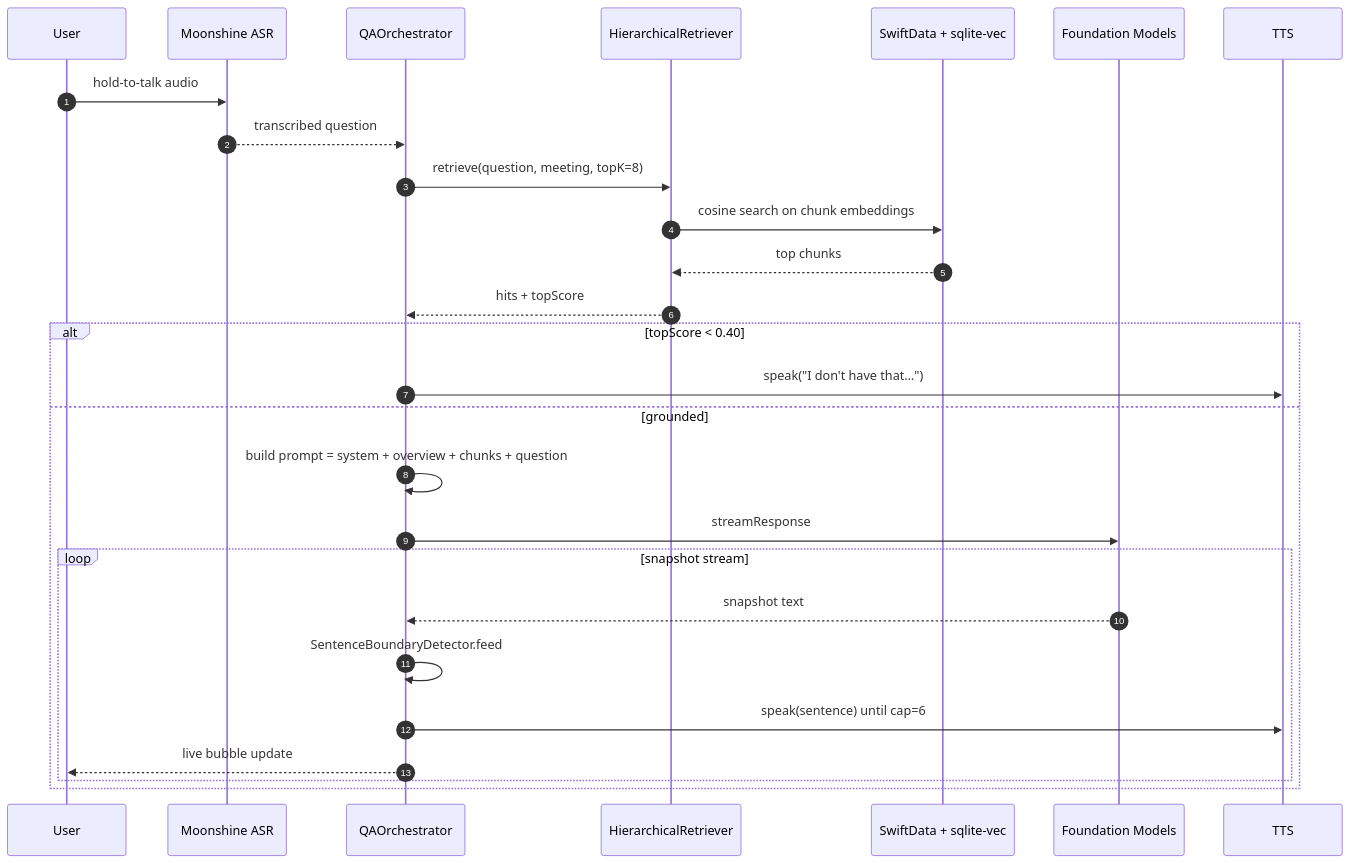
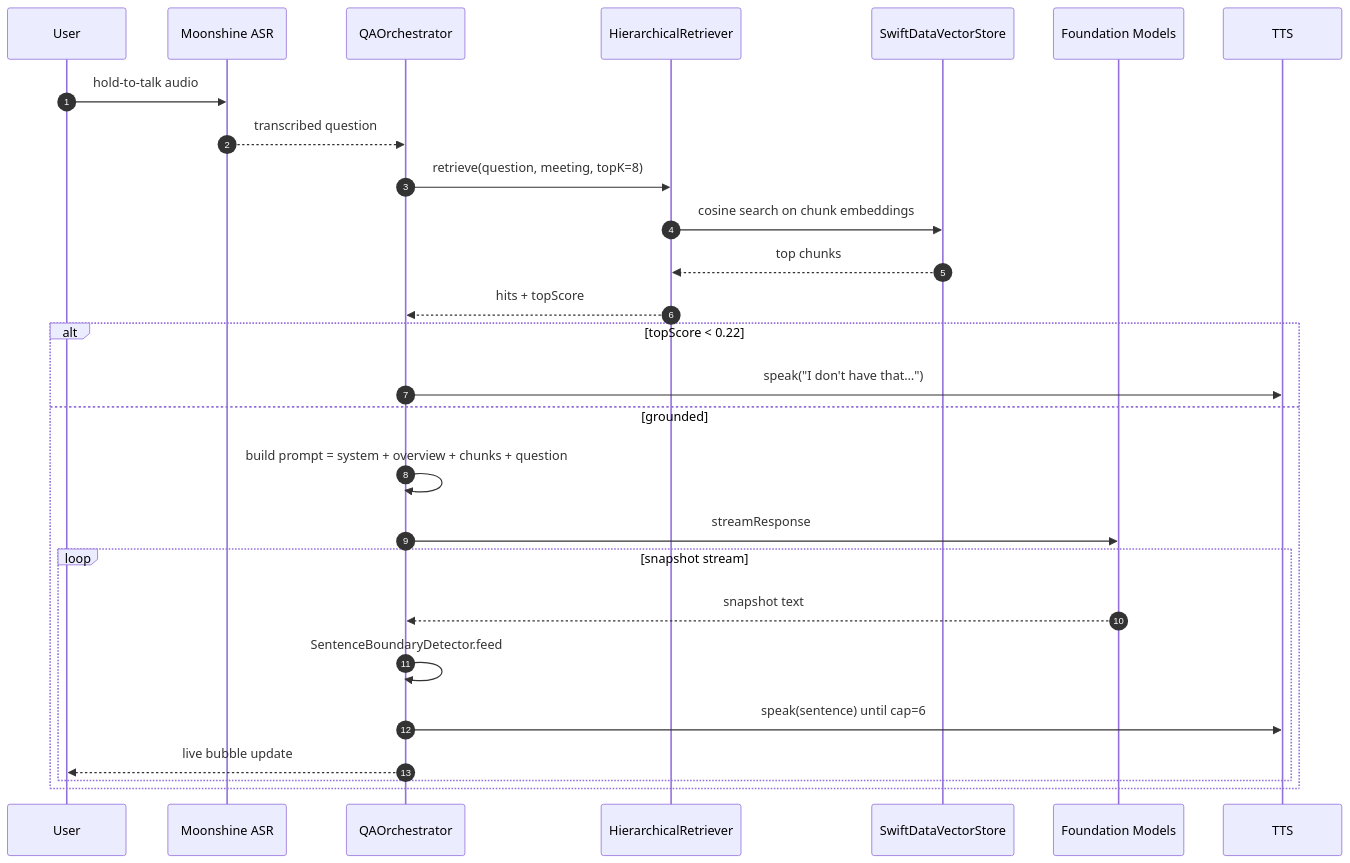
Before and after one commit to theaayushstha1/aftertalk: the second of 3 diagrams in README.md, drawn with Mermaid. The commit also changed other lines of this file and 3 other files, not shown here.

````diff
--- a/README.md
+++ b/README.md
@@ -50,30 +50,30 @@
 ```mermaid
 sequenceDiagram
     autonumber
     participant U as User
     participant ASR as Moonshine ASR
     participant Q as QAOrchestrator
     participant R as HierarchicalRetriever
-    participant S as SwiftData + sqlite-vec
+    participant S as SwiftDataVectorStore
     participant L as Foundation Models
     participant T as TTS
 
     U->>ASR: hold-to-talk audio
     ASR-->>Q: transcribed question
     Q->>R: retrieve(question, meeting, topK=8)
     R->>S: cosine search on chunk embeddings
     S-->>R: top chunks
     R-->>Q: hits + topScore
-    alt topScore < 0.40
+    alt topScore < 0.22
         Q->>T: speak("I don't have that…")
     else grounded
         Q->>Q: build prompt = system + overview + chunks + question
         Q->>L: streamResponse
         loop snapshot stream
             L-->>Q: snapshot text
             Q->>Q: SentenceBoundaryDetector.feed
             Q->>T: speak(sentence) until cap=6
             Q-->>U: live bubble update
         end
     end
 ```
````
